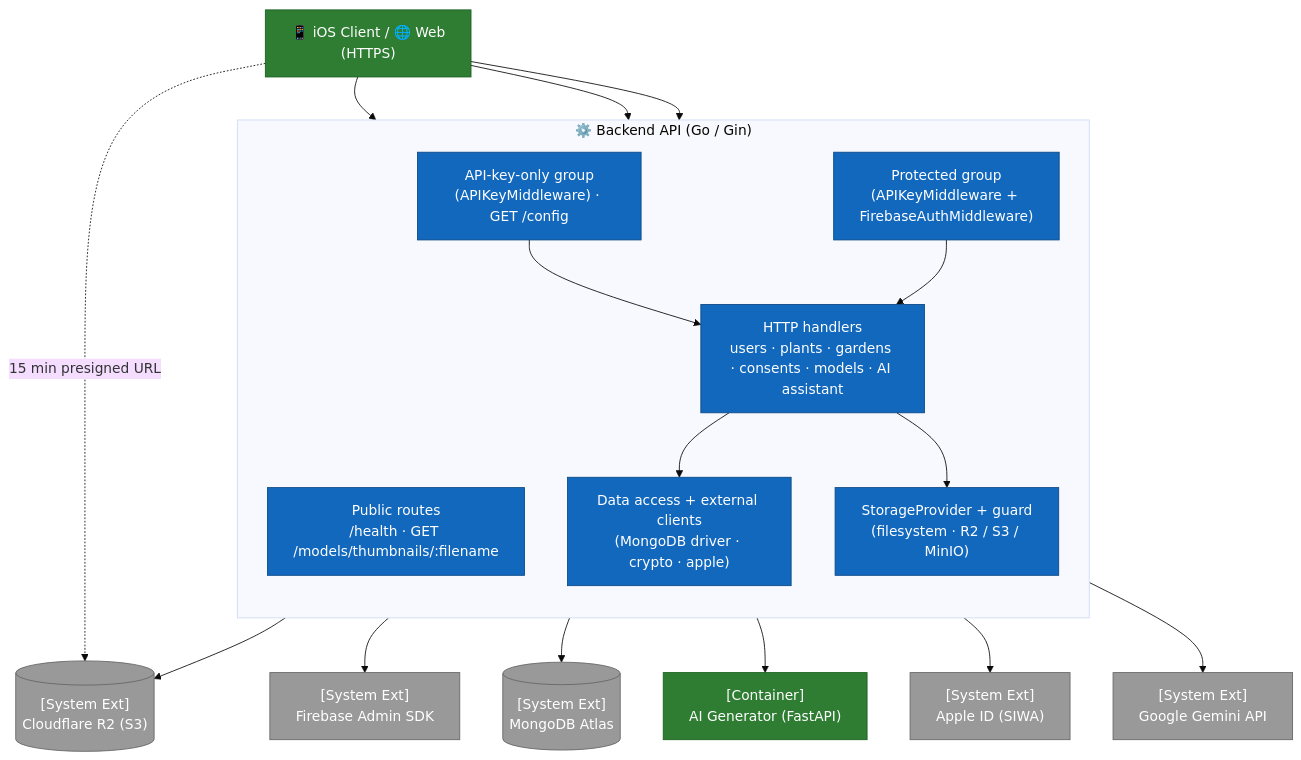
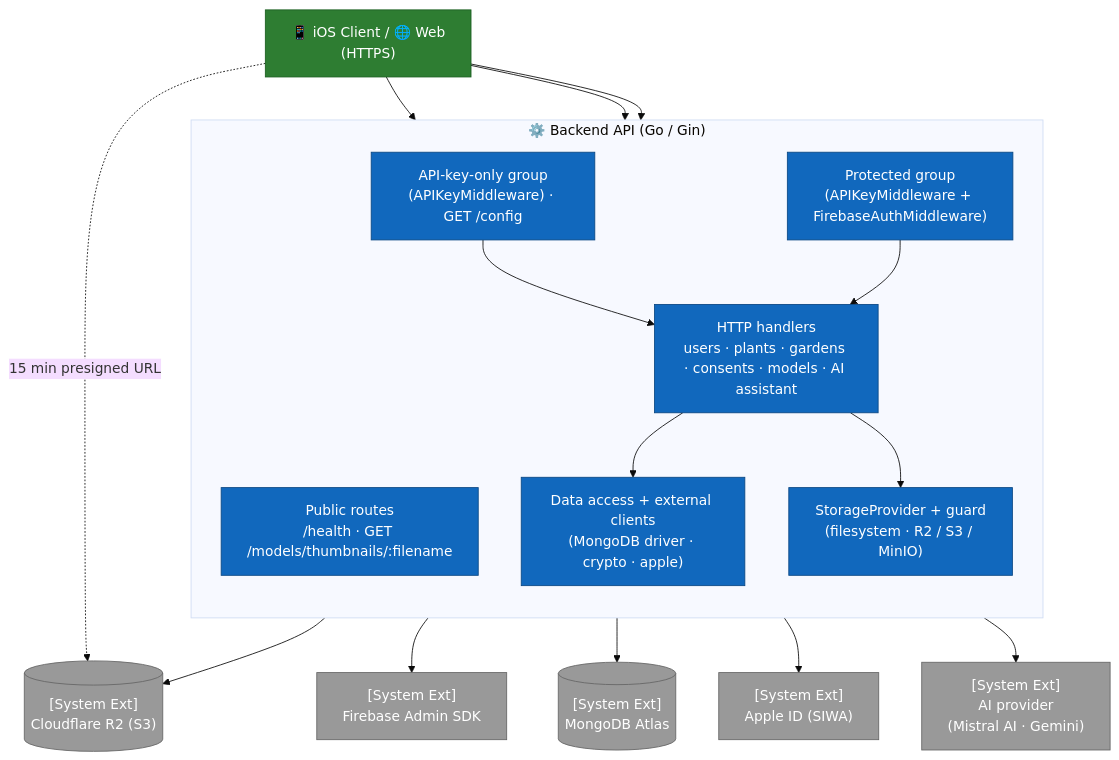
Before and after one commit to ArboreTeam/Arbore: the diagram in docs/en/architecture/03-components-backend.md, drawn with Mermaid (base theme). The commit also changed other lines of this file and 29 other files, not shown here.

````diff
--- a/docs/en/architecture/03-components-backend.md
+++ b/docs/en/architecture/03-components-backend.md
@@ -9,44 +16,42 @@
 ```mermaid
 flowchart TB
     client["📱 iOS Client / 🌐 Web<br/>(HTTPS)"]
 
     subgraph backend["⚙️ Backend API (Go / Gin)"]
         direction TB
         public["Public routes<br/>/health · GET /models/thumbnails/:filename"]
         apikey["API-key-only group<br/>(APIKeyMiddleware) · GET /config"]
         protected["Protected group<br/>(APIKeyMiddleware + FirebaseAuthMiddleware)"]
         handlers["HTTP handlers<br/>users · plants · gardens · consents · models · AI assistant"]
         access["Data access + external clients<br/>(MongoDB driver · crypto · apple)"]
         storage["StorageProvider + guard<br/>(filesystem · R2 / S3 / MinIO)"]
 
         apikey --> handlers
         protected --> handlers
         handlers --> access
         handlers --> storage
     end
 
     mongo[("[System Ext]<br/>MongoDB Atlas")]
     firebase_admin["[System Ext]<br/>Firebase Admin SDK"]
-    ai_gen["[Container]<br/>AI Generator (FastAPI)"]
     apple["[System Ext]<br/>Apple ID (SIWA)"]
-    gemini["[System Ext]<br/>Google Gemini API"]
+    gemini["[System Ext]<br/>AI provider<br/>(Mistral AI · Gemini)"]
     storage_ext[("[System Ext]<br/>Cloudflare R2 (S3)")]
 
     client --> public
     client --> apikey
     client --> protected
     protected --> firebase_admin
     access --> mongo
-    access --> ai_gen
     access --> apple
     handlers --> gemini
     storage --> storage_ext
     client -. "15 min presigned URL" .-> storage_ext
 
     classDef ext   fill:#999,stroke:#666,color:#fff
     classDef layer fill:#1168BD,stroke:#0B4884,color:#fff
     classDef cont  fill:#2E7D32,stroke:#1B5E20,color:#fff
     class public,apikey,protected,handlers,access,storage layer
-    class client,ai_gen cont
+    class client cont
     class mongo,firebase_admin,apple,gemini,storage_ext ext
 ```
````
